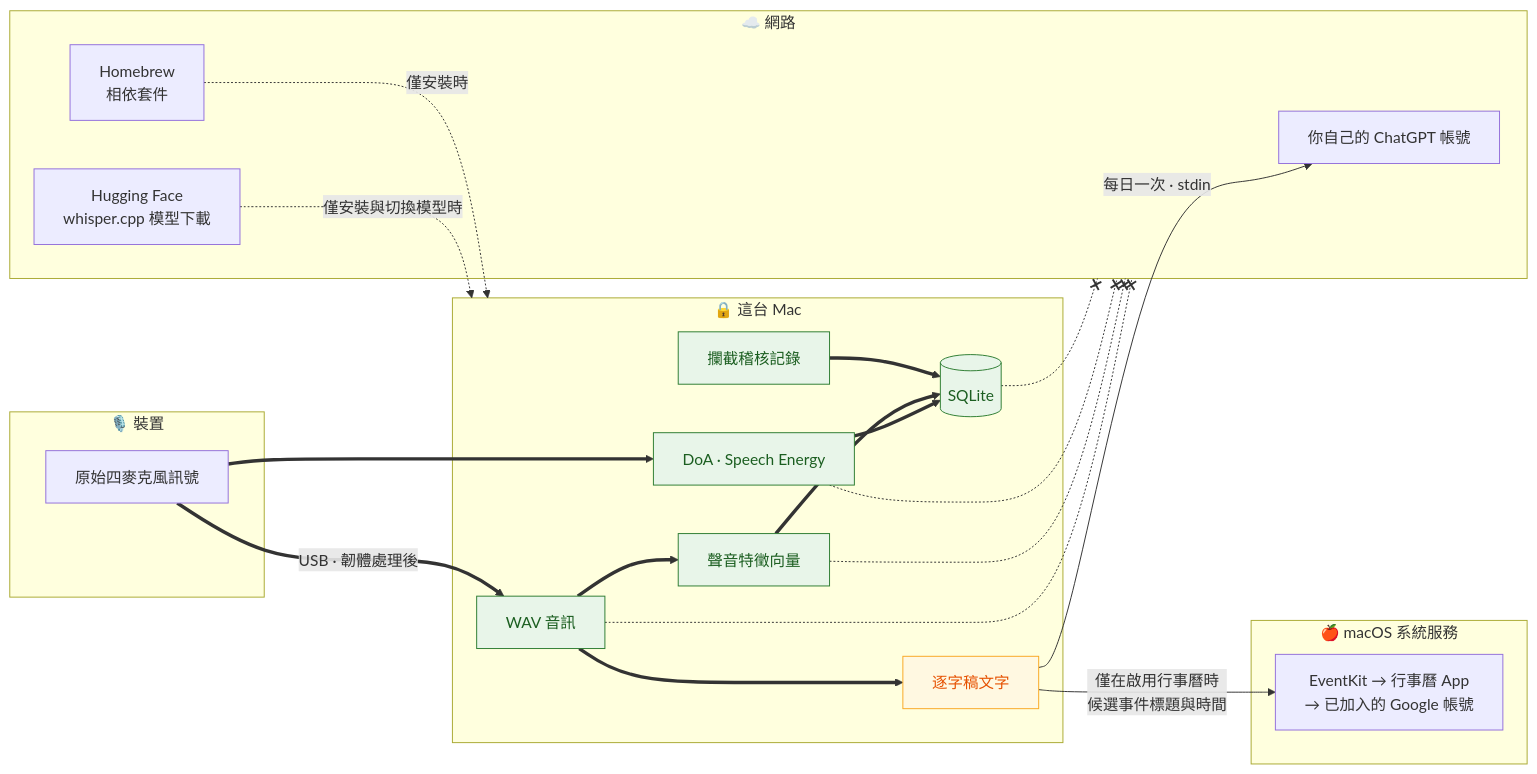
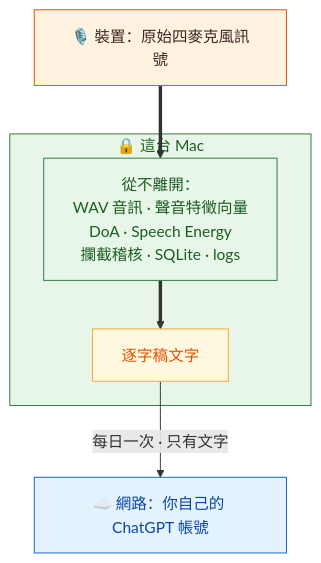
Before and after one commit to pcpcchen-coder/FamilyRecorder: diagram 11 of 11 in docs/architecture.md, drawn with Mermaid. The commit also changed other lines of this file and 25 other files, not shown here.

````diff
--- a/docs/architecture.md
+++ b/docs/architecture.md
@@ -549,44 +551,23 @@
 ```mermaid
-flowchart LR
-    subgraph DEV["🎙️ 裝置"]
-        RAW["原始四麥克風訊號"]
-    end
+flowchart TB
+    DEV["🎙️ 裝置：原始四麥克風訊號"]
+
     subgraph MAC["🔒 這台 Mac"]
-        WAVF["WAV 音訊"]
-        FEAT["聲音特徵向量"]
-        TEL["DoA · Speech Energy"]
-        AUDIT["攔截稽核記錄"]
-        SQLITE[("SQLite")]
+        NEVER["從不離開：<br/>WAV 音訊 · 聲音特徵向量<br/>DoA · Speech Energy<br/>攔截稽核 · SQLite · logs"]
         TXT["逐字稿文字"]
     end
-    subgraph NET["☁️ 網路"]
-        CHATGPT["你自己的 ChatGPT 帳號"]
-        HF["Hugging Face<br/>whisper.cpp 模型下載"]
-        BREW["Homebrew<br/>相依套件"]
-    end
-    subgraph MACOS["🍎 macOS 系統服務"]
-        EVENTKIT["EventKit → 行事曆 App<br/>→ 已加入的 Google 帳號"]
-    end
 
-    RAW ==>|"USB · 韌體處理後"| WAVF
-    RAW ==> TEL
-    WAVF ==> FEAT
-    WAVF ==> TXT
-    TEL ==> SQLITE
-    FEAT ==> SQLITE
-    AUDIT ==> SQLITE
-    TXT -->|"每日一次 · stdin"| CHATGPT
-    HF -.->|"僅安裝與切換模型時"| MAC
-    BREW -.->|"僅安裝時"| MAC
-    TXT -->|"僅在啟用行事曆時<br/>候選事件標題與時間"| EVENTKIT
+    NETW["☁️ 網路：你自己的 ChatGPT 帳號"]
 
-    WAVF -.-x NET
-    FEAT -.-x NET
-    TEL -.-x NET
-    SQLITE -.-x NET
+    DEV ==> NEVER ==> TXT
+    TXT -->|"每日一次 · 只有文字"| NETW
 
     classDef never fill:#e8f5e9,stroke:#2e7d32,color:#1b5e20
     classDef leaves fill:#fff8e1,stroke:#f9a825,color:#e65100
-    class WAVF,FEAT,TEL,AUDIT,SQLITE never
+    classDef outside fill:#e3f2fd,stroke:#1565c0,color:#0d47a1
+    classDef dev fill:#fff3e0,stroke:#e65100,color:#3e2723
+    class MAC,NEVER never
     class TXT leaves
+    class NETW outside
+    class DEV dev
 ```
````
